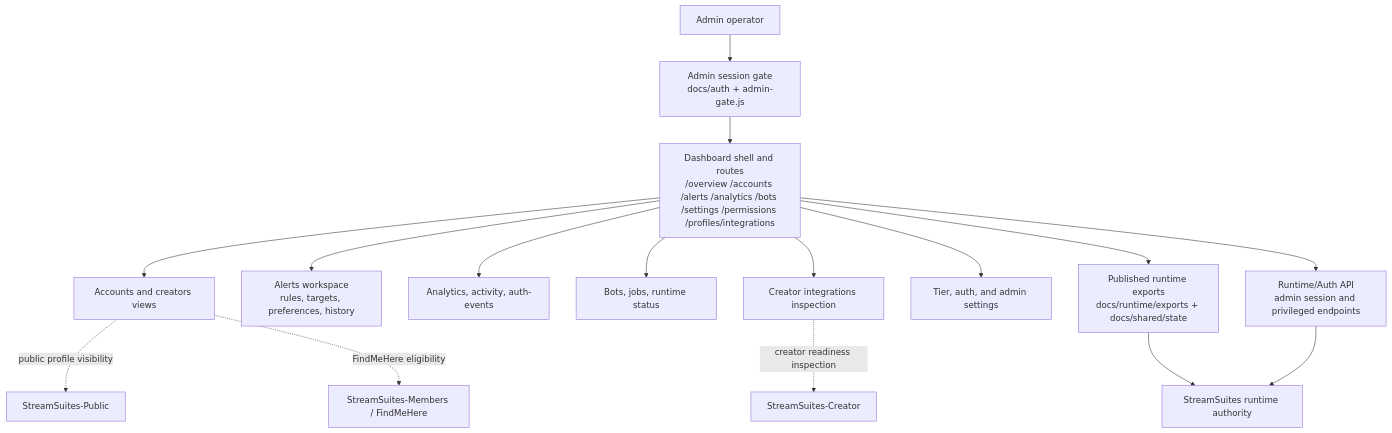
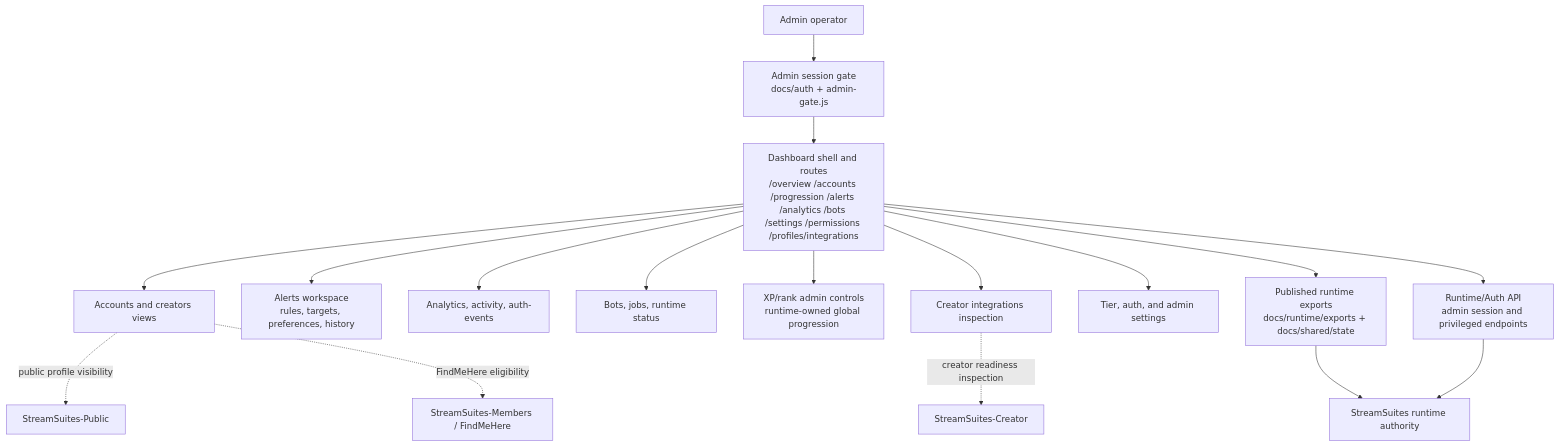
One commit to BSMediaGroup/StreamSuites-Dashboard changed the diagram in README.md. Above: the diagram before and after it, drawn with Mermaid. The commit also changed other lines of this file and 9 other files, not shown here.

First line of the commit message:
Add admin XP tuning, reversals, and leaderboard hygiene controls

````diff
--- a/README.md
+++ b/README.md
@@ -23,21 +23,22 @@
 ```mermaid
 flowchart TD
     Admin["Admin operator"] --> Gate["Admin session gate<br/>docs/auth + admin-gate.js"]
-    Gate --> Shell["Dashboard shell and routes<br/>/overview /accounts /alerts /analytics /bots /settings /permissions /profiles/integrations"]
+    Gate --> Shell["Dashboard shell and routes<br/>/overview /accounts /progression /alerts /analytics /bots /settings /permissions /profiles/integrations"]
 
     Shell --> Accounts["Accounts and creators views"]
     Shell --> Alerts["Alerts workspace<br/>rules, targets, preferences, history"]
     Shell --> Analytics["Analytics, activity, auth-events"]
     Shell --> Bots["Bots, jobs, runtime status"]
+    Shell --> Progression["XP/rank admin controls<br/>runtime-owned global progression"]
     Shell --> Integrations["Creator integrations inspection"]
     Shell --> Settings["Tier, auth, and admin settings"]
 
     Shell --> RuntimeExports["Published runtime exports<br/>docs/runtime/exports + docs/shared/state"]
     Shell --> Auth["Runtime/Auth API<br/>admin session and privileged endpoints"]
     RuntimeExports --> Runtime["StreamSuites runtime authority"]
     Auth --> Runtime
 
     Accounts -. public profile visibility .-> Public["StreamSuites-Public"]
     Accounts -. FindMeHere eligibility .-> Members["StreamSuites-Members / FindMeHere"]
     Integrations -. creator readiness inspection .-> Creator["StreamSuites-Creator"]
 ```
````
